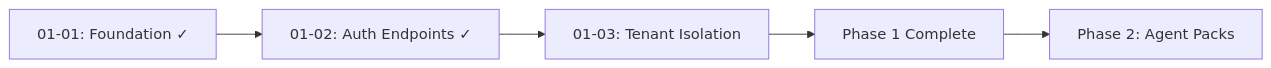
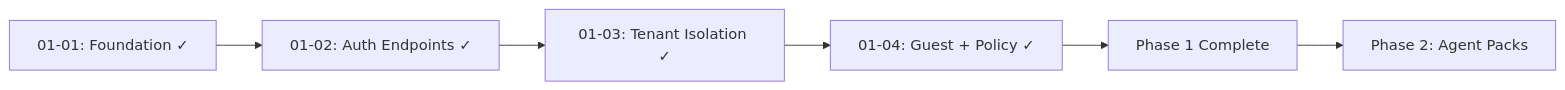
The diagram in .planning/STATE.md (hungphongtrn/minerva), drawn with Mermaid before and after one commit. The commit also changed other lines of this file and 1 other file, not shown here.

First line of the commit message:
docs(01-04): complete guest identity and runtime policy plan

````diff
--- a/.planning/STATE.md
+++ b/.planning/STATE.md
@@ -18,7 +18,8 @@
 ```mermaid
 flowchart LR
   S1[01-01: Foundation ✓] --> S2[01-02: Auth Endpoints ✓]
-  S2 --> S3[01-03: Tenant Isolation]
-  S3 --> S4[Phase 1 Complete]
-  S4 --> S5[Phase 2: Agent Packs]
+  S2 --> S3[01-03: Tenant Isolation ✓]
+  S3 --> S4[01-04: Guest + Policy ✓]
+  S4 --> S5[Phase 1 Complete]
+  S5 --> S6[Phase 2: Agent Packs]
 ```
````
